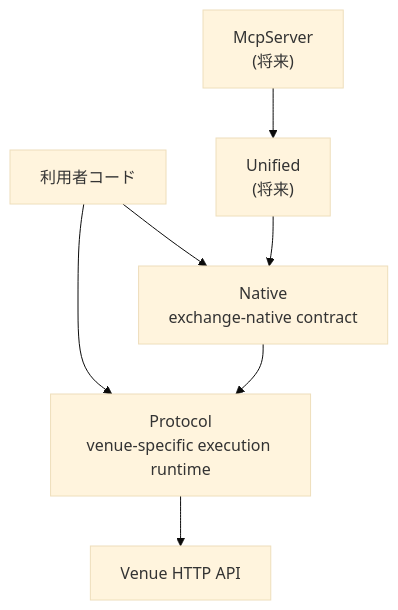
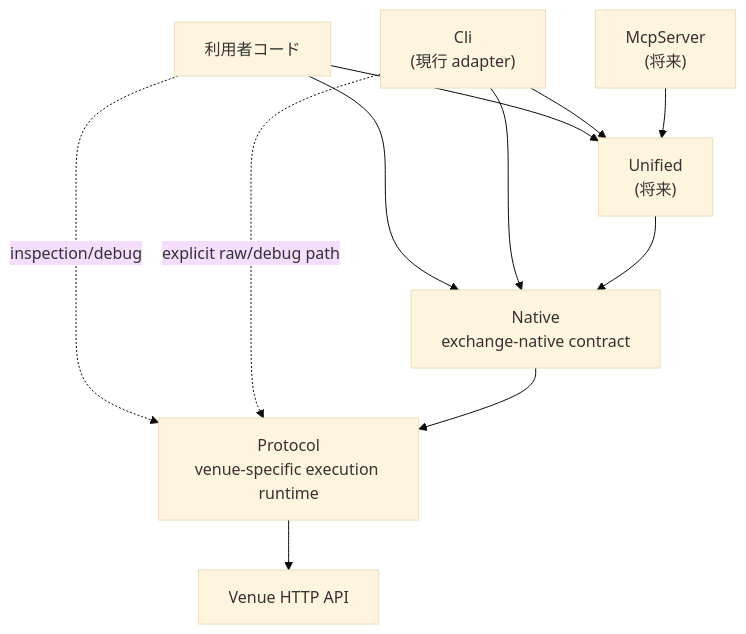
The first of 3 diagrams in docs/stage10.md (tkoba0410/ExchangeAPI), drawn with Mermaid (base theme) before and after one commit. The commit also changed other lines of this file, not shown here.

Commit message:
docs: define unified semantics and cli adapter

````diff
--- a/docs/stage10.md
+++ b/docs/stage10.md
@@ -52,17 +55,23 @@
 ```mermaid
 flowchart TB
     App["利用者コード"]
+    Cli["Cli<br/>(現行 adapter)"]
     Mcp["McpServer<br/>(将来)"]
     Uni["Unified<br/>(将来)"]
     Native["Native<br/>exchange-native contract"]
     Protocol["Protocol<br/>venue-specific execution runtime"]
     Api["Venue HTTP API"]
 
     App --> Native
-    App --> Protocol
+    App --> Uni
+    App -. inspection/debug .-> Protocol
+
+    Cli --> Native
+    Cli --> Uni
+    Cli -. explicit raw/debug path .-> Protocol
 
     Mcp --> Uni
     Uni --> Native
     Native --> Protocol
     Protocol --> Api
 ```
````
